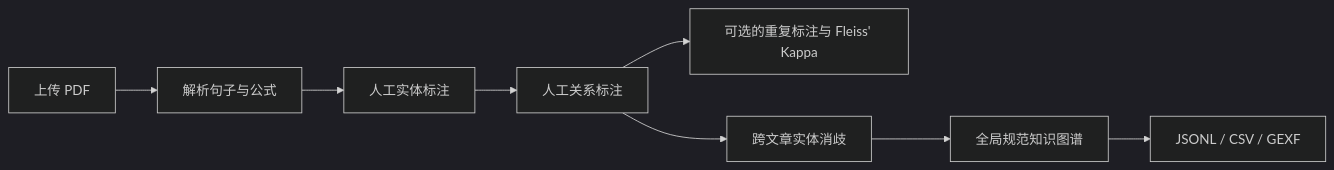
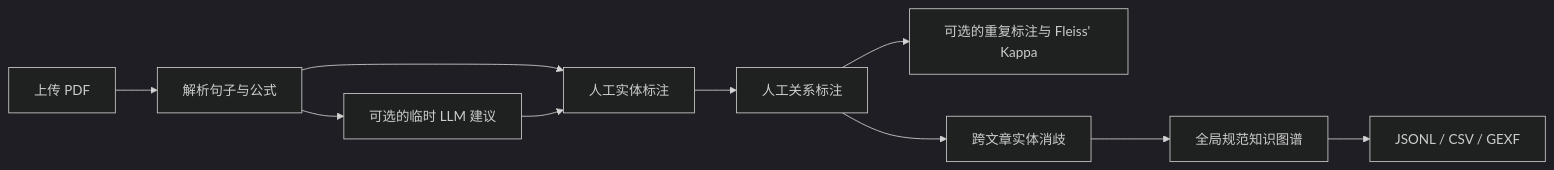
The diagram in README_zh.md (LeonardLeiT/kg-annotator), drawn with Mermaid (dark theme) before and after one commit. The commit also changed other lines of this file and 49 other files, not shown here.

````diff
--- a/README_zh.md
+++ b/README_zh.md
@@ -40,10 +41,12 @@
 ```mermaid
 flowchart LR
     A[上传 PDF] --> B[解析句子与公式]
+    B --> C[可选的临时 LLM 建议]
     B --> E[人工实体标注]
+    C --> E
     E --> F[人工关系标注]
     F --> D[可选的重复标注与 Fleiss' Kappa]
     F --> G[跨文章实体消歧]
     G --> H[全局规范知识图谱]
     H --> I[JSONL / CSV / GEXF]
 ```
````
